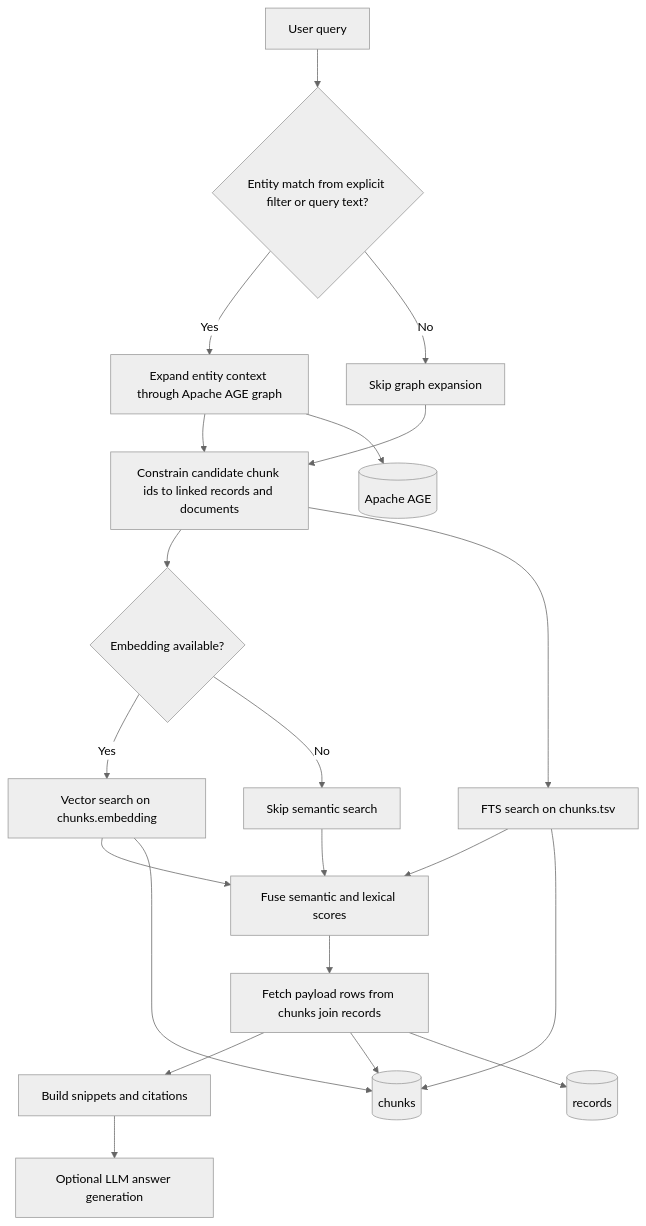
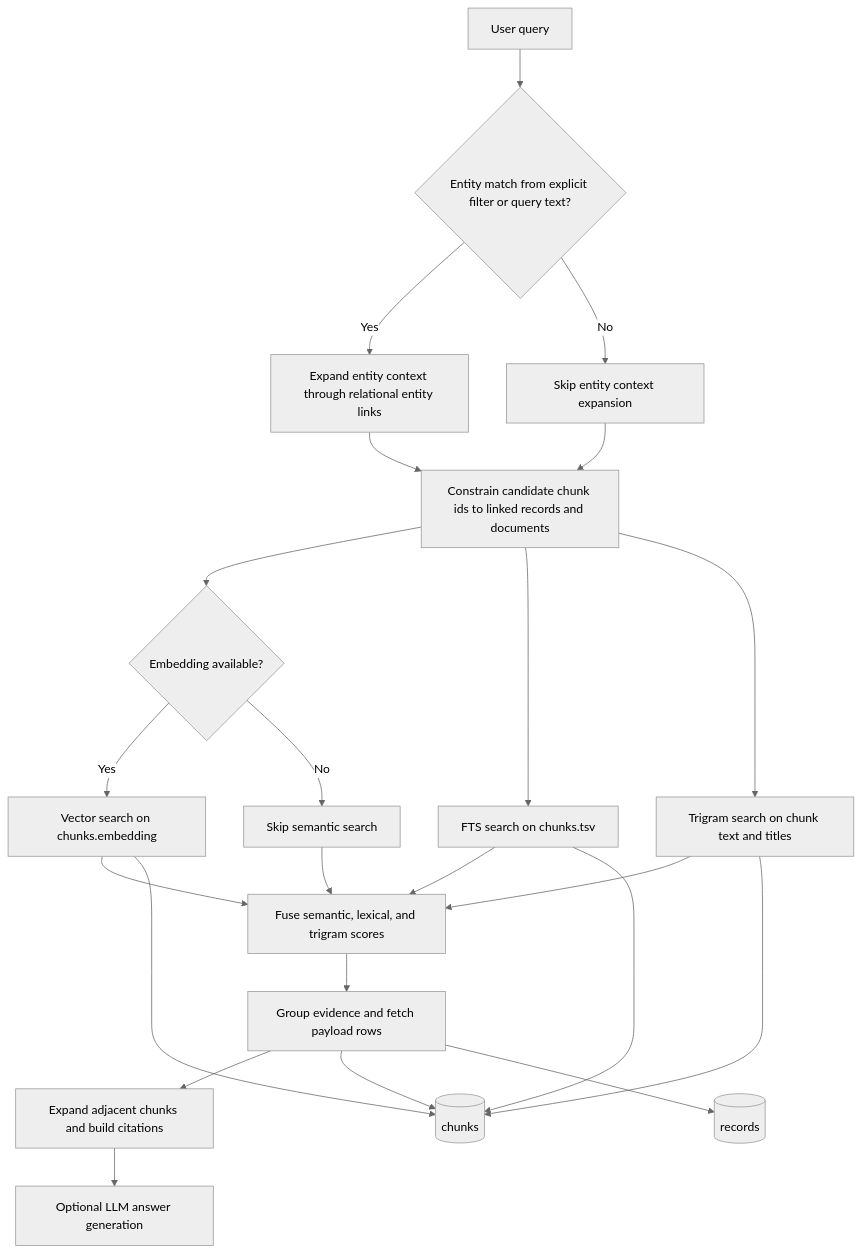
Before and after one commit to shreyas-dhakal/ndis_mvp: the fifth of 10 diagrams in agents/DB_FLOW.md, drawn with Mermaid (neutral theme). The commit also changed other lines of this file and 18 other files, not shown here.

````diff
--- a/agents/DB_FLOW.md
+++ b/agents/DB_FLOW.md
@@ -270,24 +269,26 @@
 ```mermaid
 flowchart TD
     A[User query] --> B{Entity match from explicit filter or query text?}
-    B -->|Yes| C[Expand entity context through Apache AGE graph]
-    B -->|No| D[Skip graph expansion]
+    B -->|Yes| C[Expand entity context through relational entity links]
+    B -->|No| D[Skip entity context expansion]
     C --> E[Constrain candidate chunk ids to linked records and documents]
     D --> E
     E --> F{Embedding available?}
     F -->|Yes| G[Vector search on chunks.embedding]
     F -->|No| H[Skip semantic search]
     E --> I[FTS search on chunks.tsv]
-    G --> J[Fuse semantic and lexical scores]
+    E --> I2[Trigram search on chunk text and titles]
+    G --> J[Fuse semantic, lexical, and trigram scores]
     H --> J
     I --> J
-    J --> K[Fetch payload rows from chunks join records]
-    K --> L[Build snippets and citations]
+    I2 --> J
+    J --> K[Group evidence and fetch payload rows]
+    K --> L[Expand adjacent chunks and build citations]
     L --> M[Optional LLM answer generation]
 
-    C --> N[(Apache AGE)]
     G --> O[(chunks)]
     I --> O
+    I2 --> O
     K --> O
     K --> P[(records)]
 ```
````
